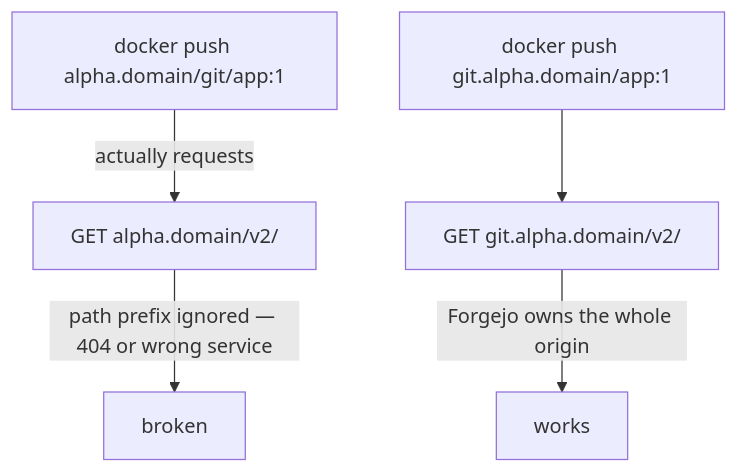
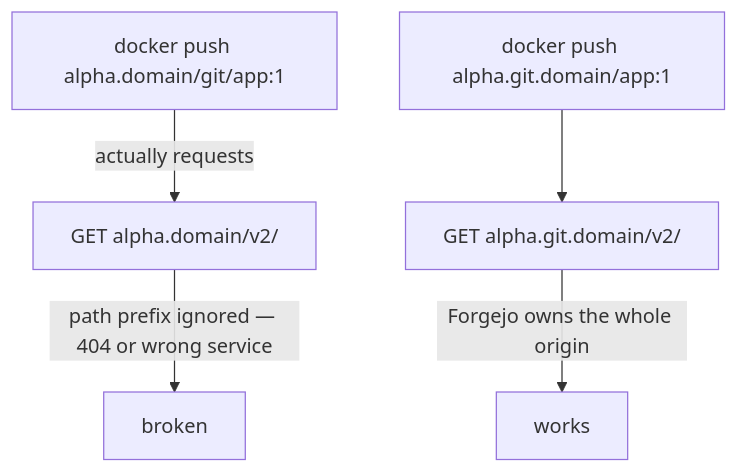
One commit to johnjoeallen/ignition changed the third of 4 diagrams in docs/architecture.md. Above: the diagram before and after it, drawn with Mermaid. The commit also changed other lines of this file and 20 other files, not shown here.

````diff
--- a/docs/architecture.md
+++ b/docs/architecture.md
@@ -111,7 +137,7 @@
 ```mermaid
 flowchart TB
     A["docker push alpha.domain/git/app:1"] -->|"actually requests"| B["GET alpha.domain/v2/"]
     B -->|"path prefix ignored — 404 or wrong service"| C["broken"]
-    D["docker push git.alpha.domain/app:1"] --> E["GET git.alpha.domain/v2/"]
+    D["docker push alpha.git.domain/app:1"] --> E["GET alpha.git.domain/v2/"]
     E -->|"Forgejo owns the whole origin"| F["works"]
 ```
````
